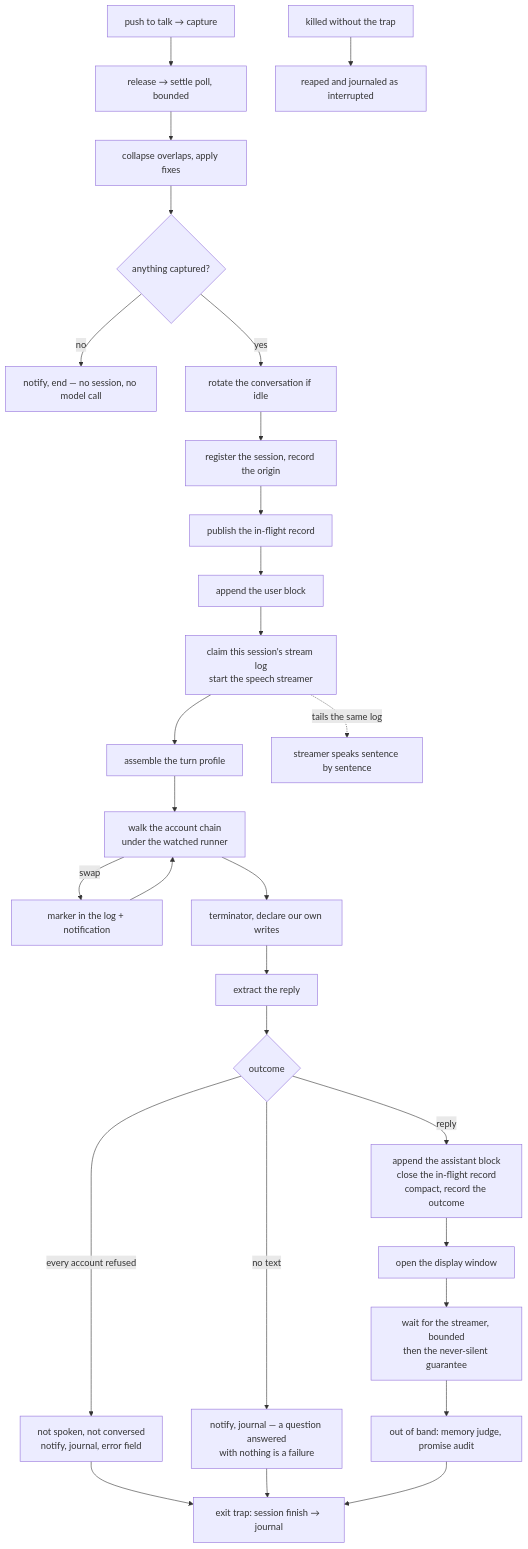
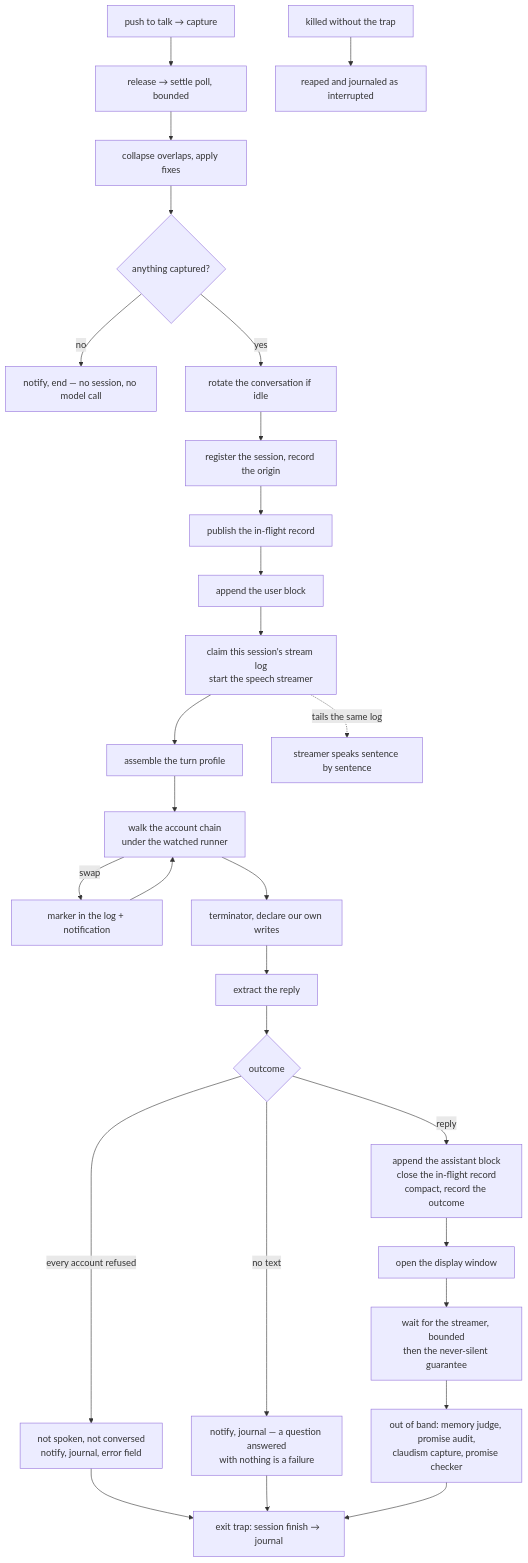
Before and after one commit to TheDiscordian/deskcrab: the diagram in specs/turn-pipeline.md, drawn with Mermaid. The commit also changed other lines of this file and 3 other files, not shown here.

````diff
--- a/specs/turn-pipeline.md
+++ b/specs/turn-pipeline.md
@@ -152,27 +190,27 @@
 ```mermaid
 flowchart TD
   A["push to talk → capture"] --> B["release → settle poll, bounded"]
   B --> C["collapse overlaps, apply fixes"]
   C --> D{"anything captured?"}
   D -->|no| D1["notify, end — no session, no model call"]
   D -->|yes| E["rotate the conversation if idle"]
   E --> F["register the session, record the origin"]
   F --> G["publish the in-flight record"]
   G --> H["append the user block"]
   H --> I["claim this session's stream log<br/>start the speech streamer"]
   I --> J["assemble the turn profile"]
   J --> K["walk the account chain<br/>under the watched runner"]
   K -->|swap| K1["marker in the log + notification"] --> K
   K --> L["terminator, declare our own writes"]
   L --> M["extract the reply"]
   I -.tails the same log.-> S["streamer speaks sentence by sentence"]
   M --> N{"outcome"}
   N -->|every account refused| N1["not spoken, not conversed<br/>notify, journal, error field"]
   N -->|no text| N2["notify, journal — a question answered<br/>with nothing is a failure"]
   N -->|reply| O["append the assistant block<br/>close the in-flight record<br/>compact, record the outcome"]
   O --> P["open the display window"]
   P --> Q["wait for the streamer, bounded<br/>then the never-silent guarantee"]
-  Q --> R["out of band: memory judge, promise audit"]
+  Q --> R["out of band: memory judge, promise audit,<br/>claudism capture, promise checker"]
   N1 & N2 & R --> Z["exit trap: session finish → journal"]
   X["killed without the trap"] --> Y["reaped and journaled as interrupted"]
 ```
````
